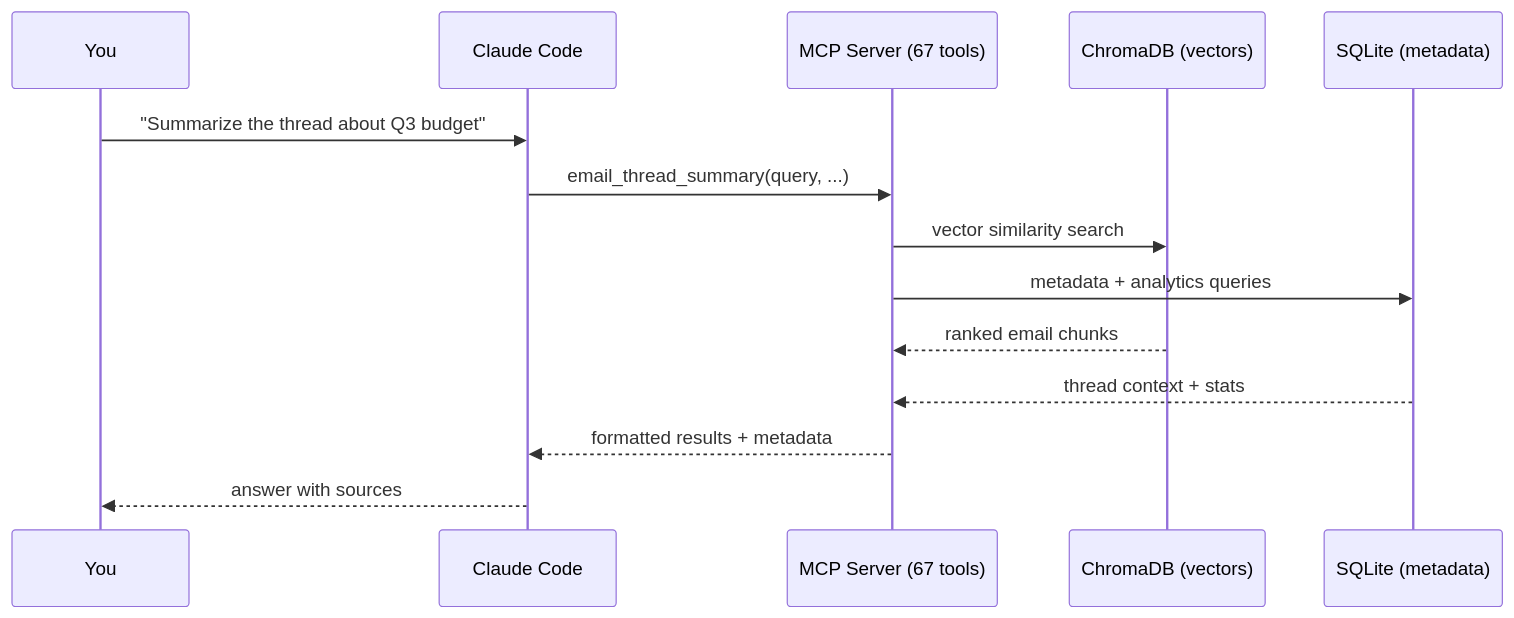
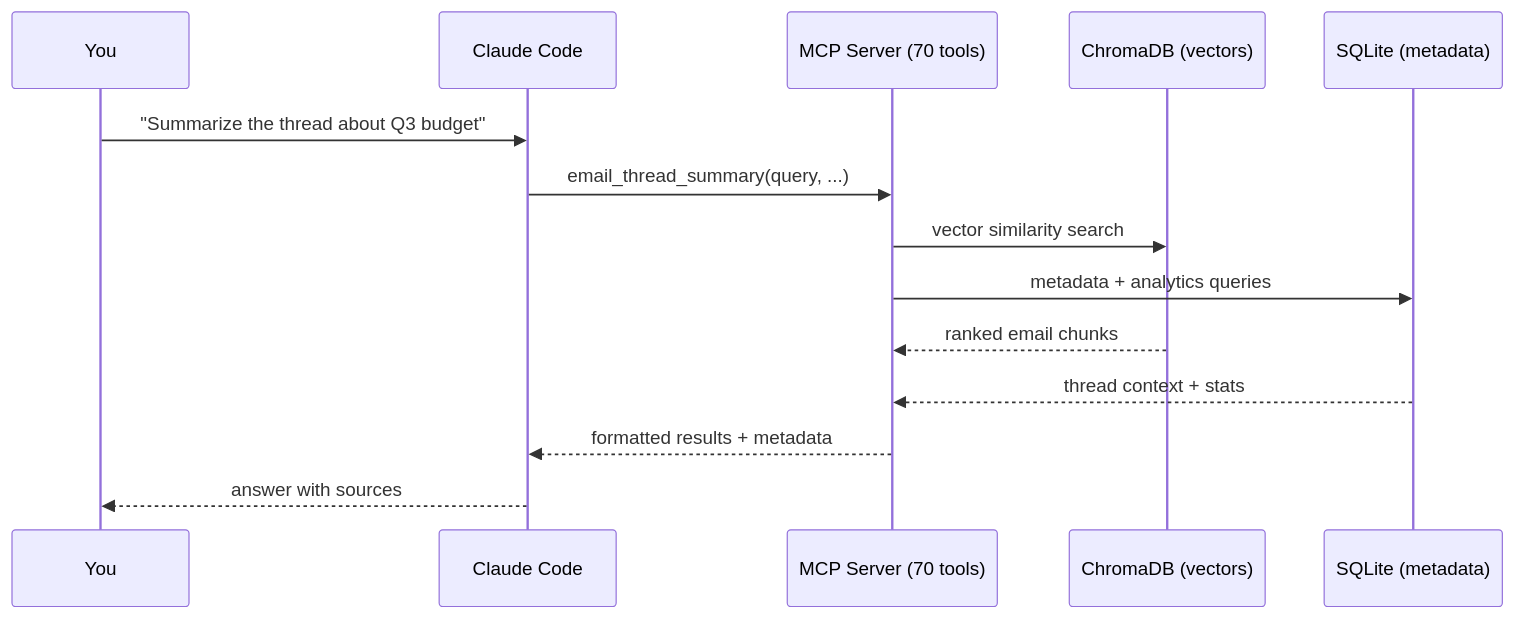
Before and after one commit to sebastianspicker/outlook-email-rag: the second of 7 diagrams in README.md, drawn with Mermaid. The commit also changed other lines of this file and 4 other files, not shown here.

````diff
--- a/README.md
+++ b/README.md
@@ -61,17 +66,17 @@
 ```mermaid
 sequenceDiagram
     participant You
     participant Claude as Claude Code
-    participant MCP as MCP Server (67 tools)
+    participant MCP as MCP Server (70 tools)
     participant VDB as ChromaDB (vectors)
     participant SQL as SQLite (metadata)
 
     You->>Claude: "Summarize the thread about Q3 budget"
     Claude->>MCP: email_thread_summary(query, ...)
     MCP->>VDB: vector similarity search
     MCP->>SQL: metadata + analytics queries
     VDB-->>MCP: ranked email chunks
     SQL-->>MCP: thread context + stats
     MCP-->>Claude: formatted results + metadata
     Claude-->>You: answer with sources
 ```
````
